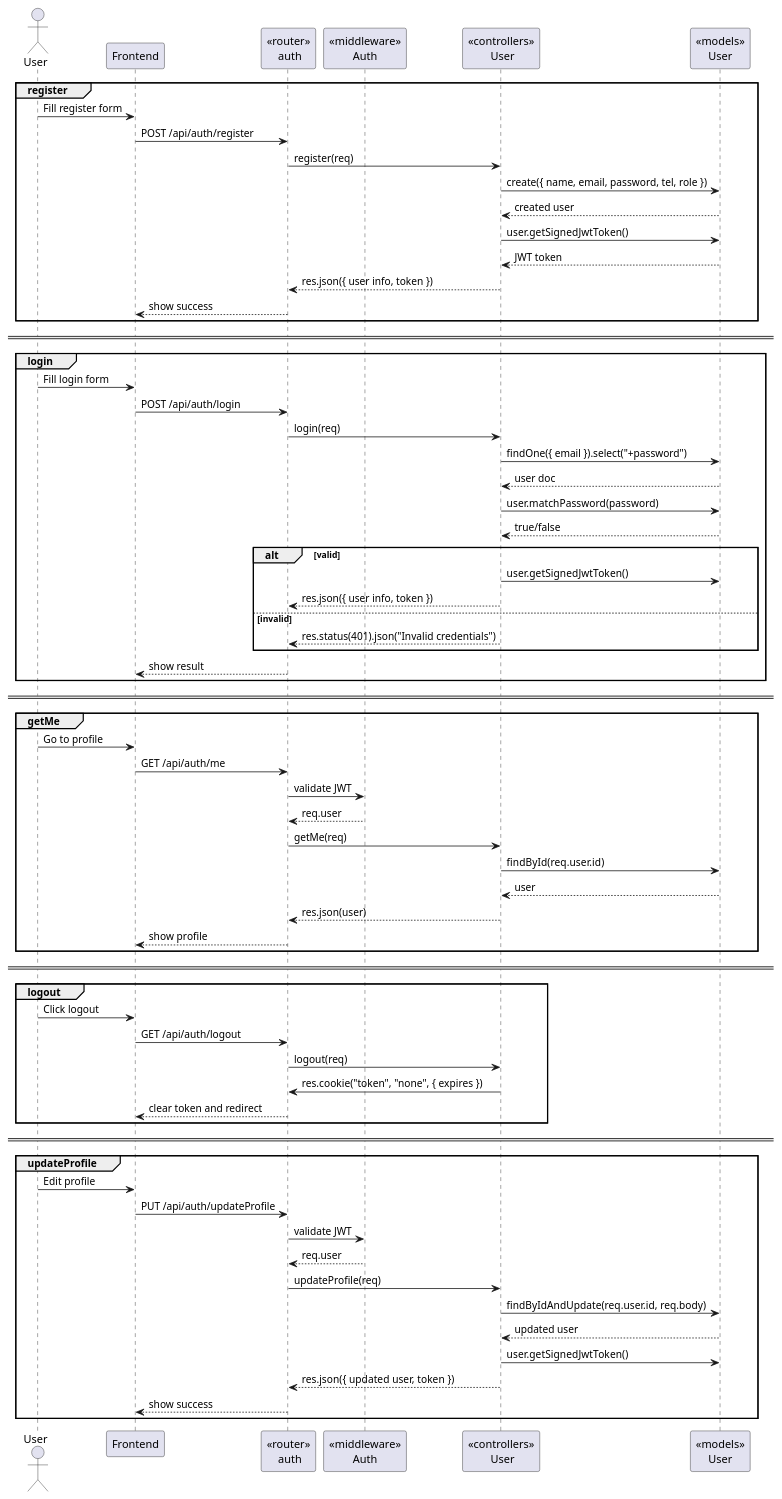
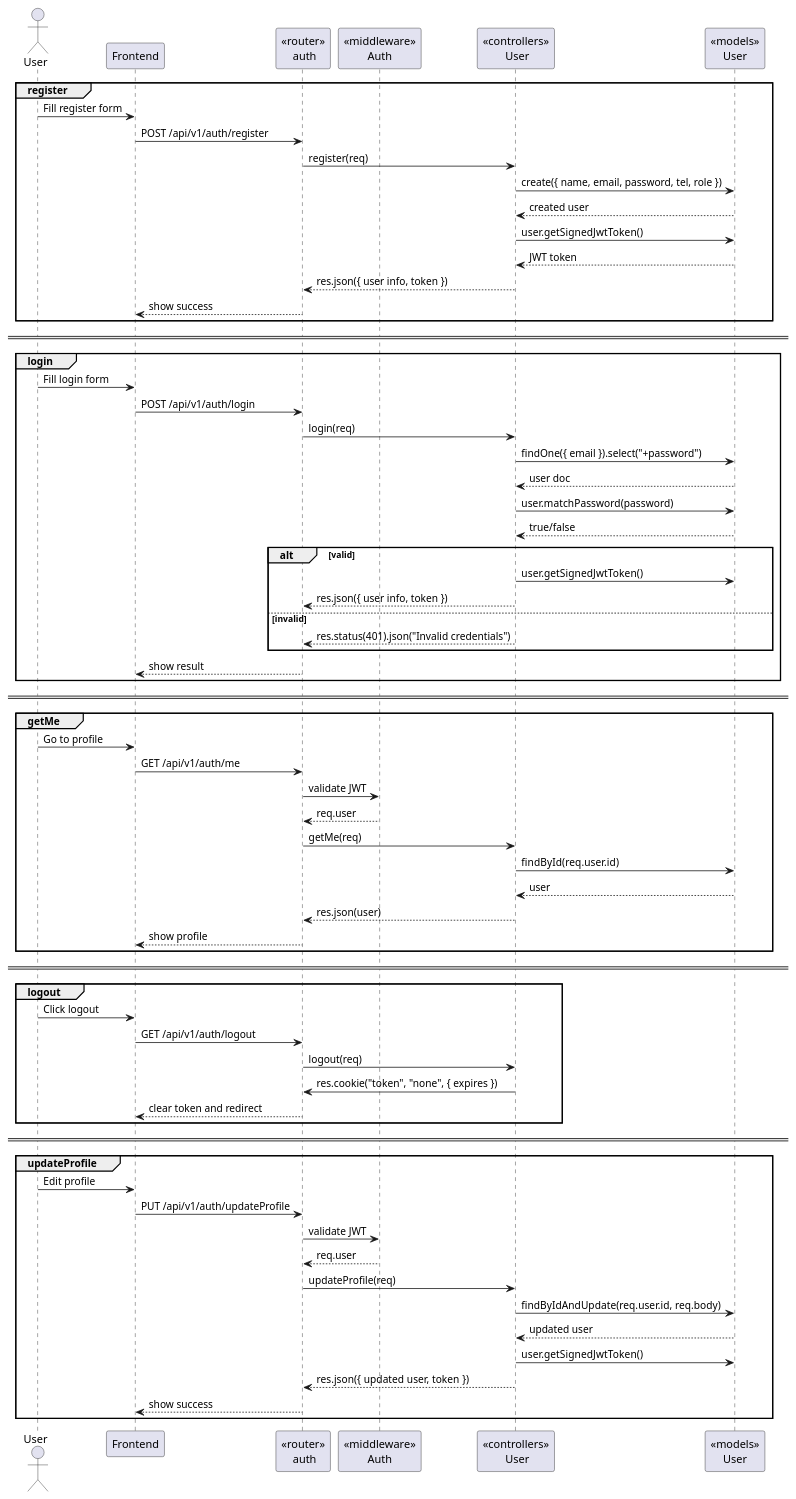
One commit to sw-dev-prac-final-project/backend changed the diagram in utils/plantUML/code/user.puml. Above: the diagram before and after it, drawn with PlantUML. The commit also changed 5 other files, not shown here.

Commit message:
fix: route /api/v1 in sequence siagram

```diff
--- a/utils/plantUML/code/user.puml
+++ b/utils/plantUML/code/user.puml
@@ -1,79 +1,79 @@
 @startuml user
 actor User
 participant "Frontend" as FE
 participant "<<router>>\n auth" as Router
 participant "<<middleware>>\nAuth" as Auth
 participant "<<controllers>>\n User" as Controller
 participant "<<models>>\nUser" as UserModel
 
 group register
 User -> FE : Fill register form
-FE -> Router : POST /api/auth/register
+FE -> Router : POST /api/v1/auth/register
 Router -> Controller : register(req)
 Controller -> UserModel : create({ name, email, password, tel, role })
 UserModel --> Controller : created user
 Controller -> UserModel : user.getSignedJwtToken()
 UserModel --> Controller : JWT token
 Controller --> Router : res.json({ user info, token })
 Router --> FE : show success
 end
 
 == ==
 
 group login
 User -> FE : Fill login form
-FE -> Router : POST /api/auth/login
+FE -> Router : POST /api/v1/auth/login
 Router -> Controller : login(req)
 Controller -> UserModel : findOne({ email }).select("+password")
 UserModel --> Controller : user doc
 Controller -> UserModel : user.matchPassword(password)
 UserModel --> Controller : true/false
 alt valid
   Controller -> UserModel : user.getSignedJwtToken()
   Controller --> Router : res.json({ user info, token })
 else invalid
   Controller --> Router : res.status(401).json("Invalid credentials")
 end
 Router --> FE : show result
 end
 
 == ==
 
 group getMe
 User -> FE : Go to profile
-FE -> Router : GET /api/auth/me
+FE -> Router : GET /api/v1/auth/me
 Router -> Auth : validate JWT
 Auth --> Router : req.user
 Router -> Controller : getMe(req)
 Controller -> UserModel : findById(req.user.id)
 UserModel --> Controller : user
 Controller --> Router : res.json(user)
 Router --> FE : show profile
 end
 
 == ==
 
 group logout
 User -> FE : Click logout
-FE -> Router : GET /api/auth/logout
+FE -> Router : GET /api/v1/auth/logout
 Router -> Controller : logout(req)
 Controller -> Router : res.cookie("token", "none", { expires })
 Router --> FE : clear token and redirect
 end
 
 == ==
 
 group updateProfile
 User -> FE : Edit profile
-FE -> Router : PUT /api/auth/updateProfile
+FE -> Router : PUT /api/v1/auth/updateProfile
 Router -> Auth : validate JWT
 Auth --> Router : req.user
 Router -> Controller : updateProfile(req)
 Controller -> UserModel : findByIdAndUpdate(req.user.id, req.body)
 UserModel --> Controller : updated user
 Controller -> UserModel : user.getSignedJwtToken()
 Controller --> Router : res.json({ updated user, token })
 Router --> FE : show success
 end
 
 @enduml
```
